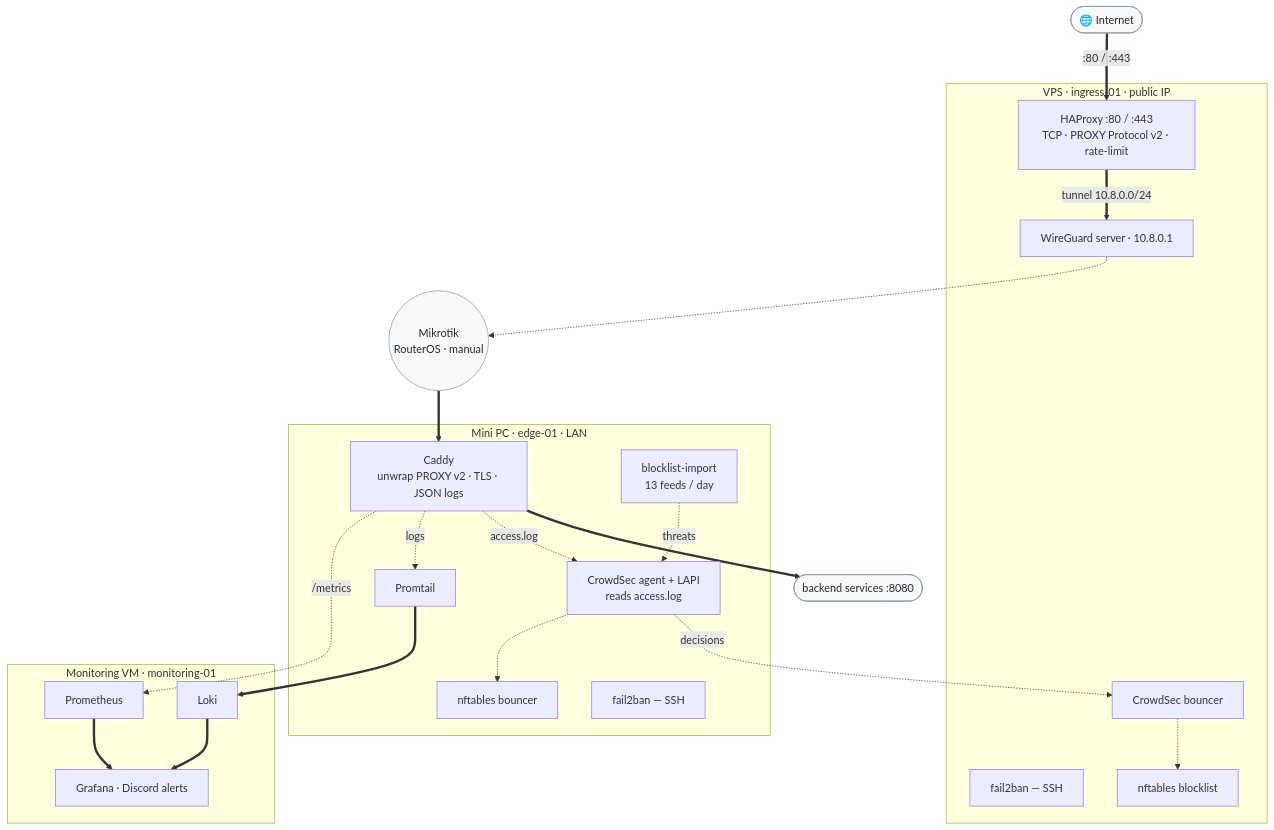
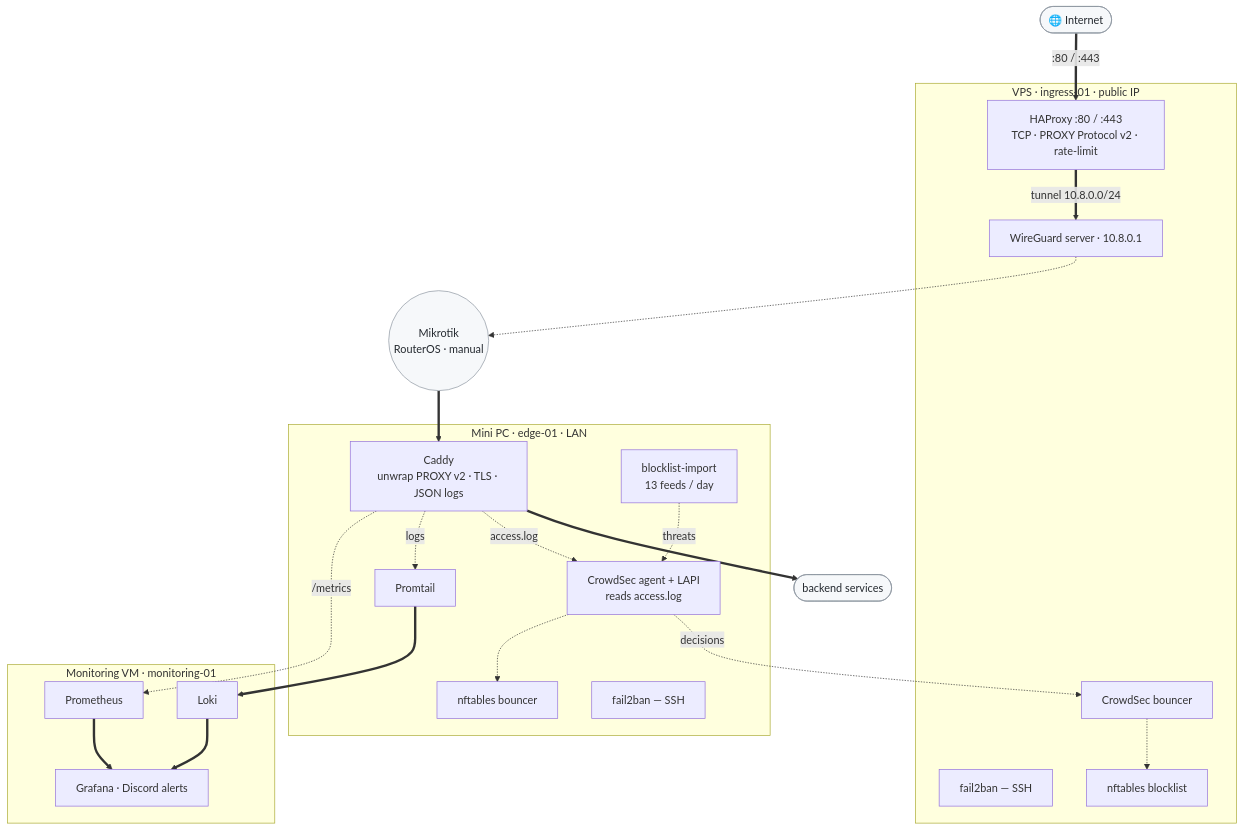
Before and after one commit to Chalvin96/wireguard-setup: the diagram in README.md, drawn with Mermaid. The commit also changed other lines of this file and 4 other files, not shown here.

````diff
--- a/README.md
+++ b/README.md
@@ -18,54 +20,54 @@
 ```mermaid
 flowchart TD
     NET(["🌐 Internet"]):::ext
 
     subgraph VPS["VPS · ingress-01 · public IP"]
         HA["HAProxy :80 / :443<br/>TCP · PROXY Protocol v2 · rate-limit"]
         WG["WireGuard server · 10.8.0.1"]
         F2B1["fail2ban — SSH"]
         CSB["CrowdSec bouncer"]
         BL1["nftables blocklist"]
     end
 
     MIK(("Mikrotik<br/>RouterOS · manual")):::ext
 
     subgraph EDGE["Mini PC · edge-01 · LAN"]
         CAD["Caddy<br/>unwrap PROXY v2 · TLS · JSON logs"]
         CSA["CrowdSec agent + LAPI<br/>reads access.log"]
         BLI["blocklist-import<br/>13 feeds / day"]
         BL2["nftables bouncer"]
         F2B2["fail2ban — SSH"]
         PT["Promtail"]
     end
 
-    BACK(["backend services :8080"]):::ext
+    BACK(["backend services"]):::ext
 
     subgraph MON["Monitoring VM · monitoring-01"]
         LOKI["Loki"]
         PROME["Prometheus"]
         GRAF["Grafana · Discord alerts"]
     end
 
     %% ── data plane ──
     NET ==>|":80 / :443"| HA
     HA ==>|"tunnel 10.8.0.0/24"| WG
     WG -.-> MIK
     MIK ==> CAD
     CAD ==> BACK
 
     %% ── security plane ──
     CAD -.->|"access.log"| CSA
     BLI -.->|"threats"| CSA
     CSA -.->|"decisions"| CSB
     CSB -.-> BL1
     CSA -.-> BL2
 
     %% ── observability plane ──
     CAD -.->|"logs"| PT
     PT ==> LOKI
     CAD -.->|"/metrics"| PROME
     PROME ==> GRAF
     LOKI ==> GRAF
 
     classDef ext fill:#f6f8fa,stroke:#8c959f,color:#24292f;
 ```
````
